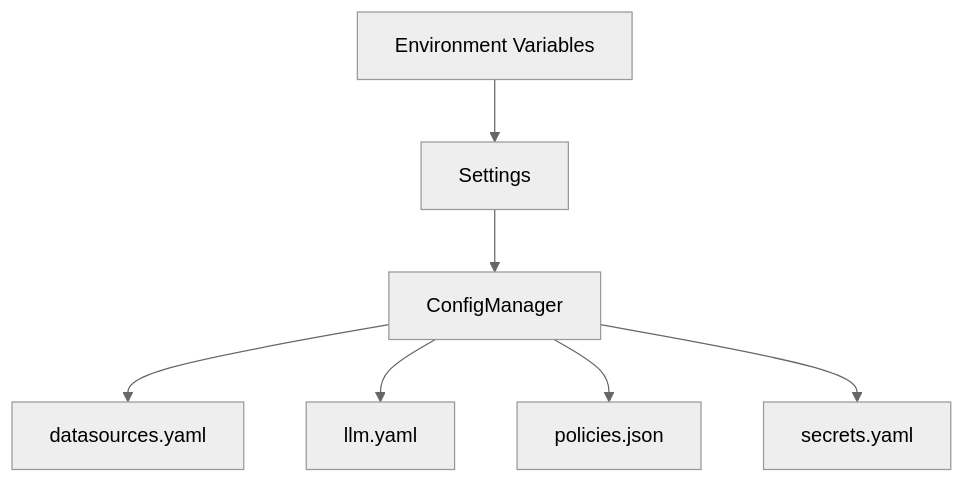
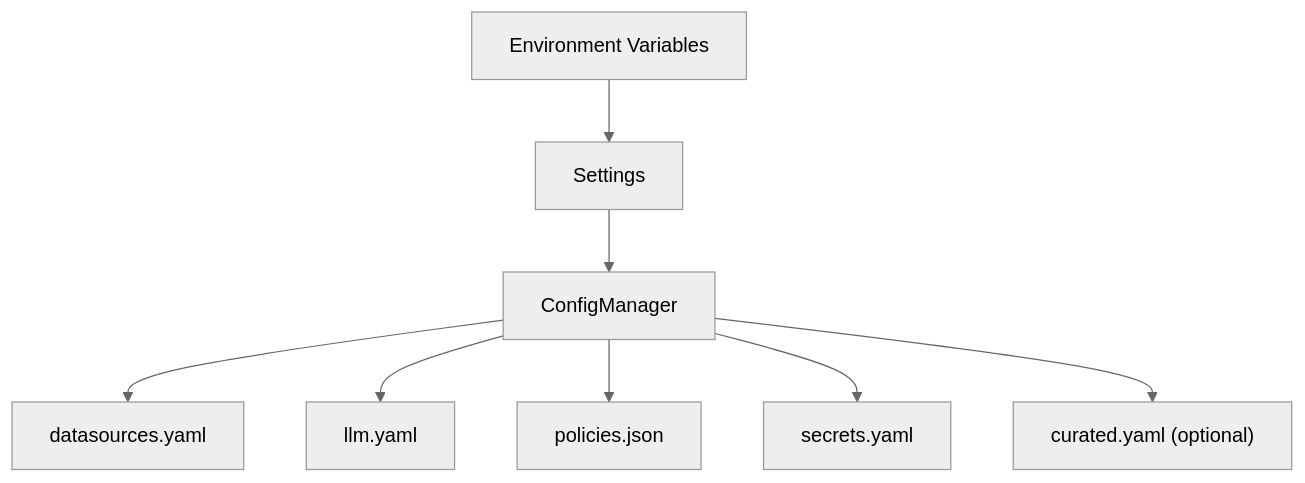
One commit to nadeem4/nl2sql changed the diagram in docs/configuration/system.md. Above: the diagram before and after it, drawn with Mermaid (neutral theme). The commit also changed other lines of this file and 18 other files, not shown here.

First line of the commit message:
feat(curated): curated.yaml config and nl2sql curated validate (#240)

````diff
--- a/docs/configuration/system.md
+++ b/docs/configuration/system.md
@@ -143,9 +145,10 @@
 ```mermaid
 flowchart TD
     Env[Environment Variables] --> Settings[Settings]
     Settings --> ConfigManager[ConfigManager]
     ConfigManager --> Datasources[datasources.yaml]
     ConfigManager --> LLM[llm.yaml]
     ConfigManager --> Policies[policies.json]
     ConfigManager --> Secrets[secrets.yaml]
+    ConfigManager --> Curated["curated.yaml (optional)"]
 ```
````
